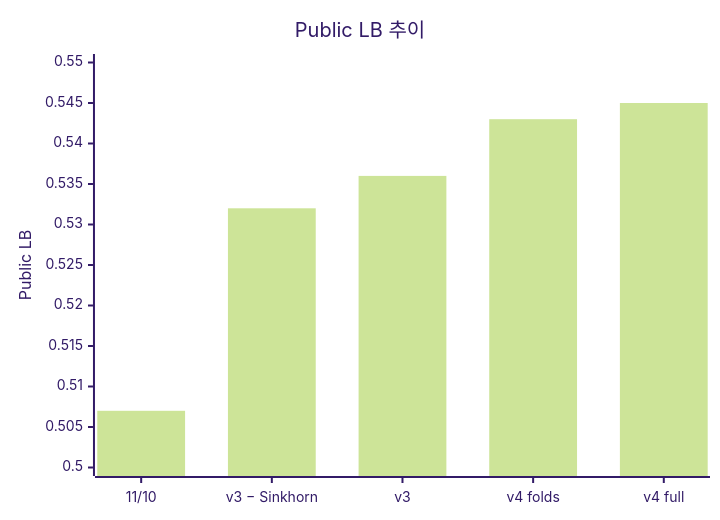
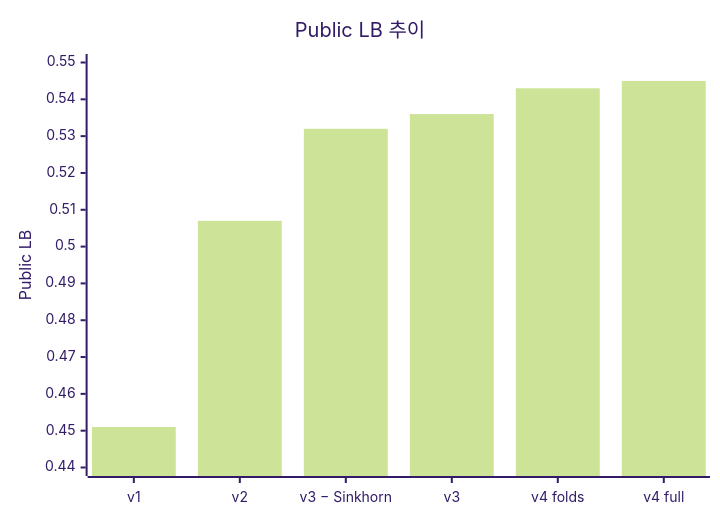
Before and after one commit to Lee-Jungwoo/name-that-llm: the first of 2 diagrams in EXPERIMENTS.md, drawn with Mermaid (forest theme). The commit also changed other lines of this file and 5 other files, not shown here.

````diff
--- a/EXPERIMENTS.md
+++ b/EXPERIMENTS.md
@@ -18,7 +21,7 @@
 ```mermaid
 xychart-beta
     title "Public LB 추이"
-    x-axis ["11/10", "v3 − Sinkhorn", "v3", "v4 folds", "v4 full"]
-    y-axis "Public LB" 0.50 --> 0.55
-    bar [0.507, 0.532, 0.536, 0.543, 0.545]
+    x-axis ["v1", "v2", "v3 − Sinkhorn", "v3", "v4 folds", "v4 full"]
+    y-axis "Public LB" 0.44 --> 0.55
+    bar [0.451, 0.507, 0.532, 0.536, 0.543, 0.545]
 ```
````
